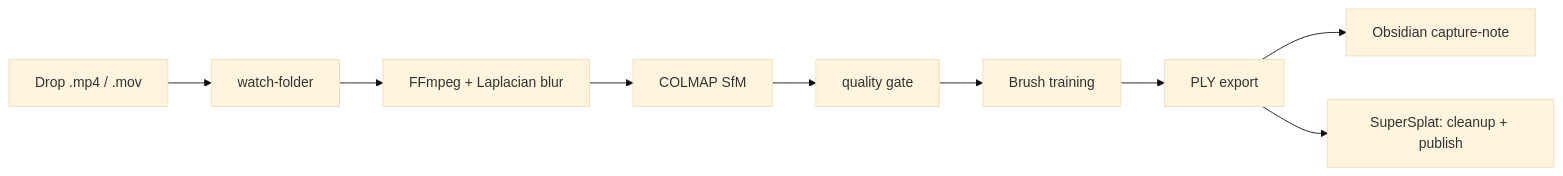
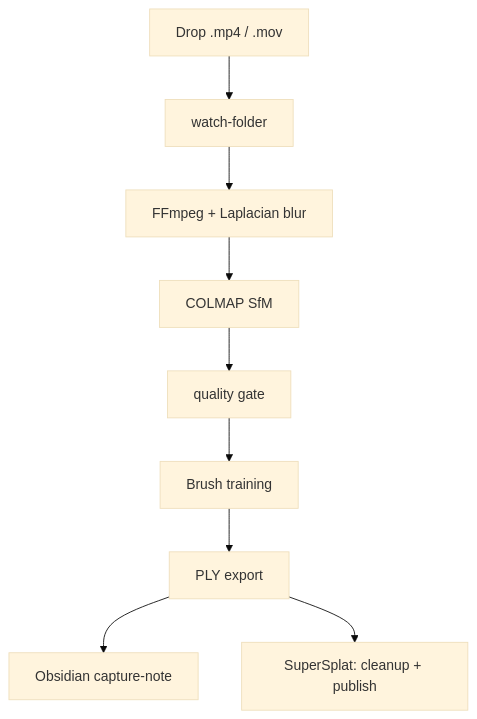
Before and after one commit to johannes-kaindl/autosplat: the diagram in pipeline/README.md, drawn with Mermaid (base theme).

Commit message:
docs(readme): mermaid flowchart LR -> TD — narrower vertical layout

````diff
--- a/pipeline/README.md
+++ b/pipeline/README.md
@@ -27,11 +27,11 @@
 ```mermaid
-flowchart LR
+flowchart TD
     A[Drop .mp4 / .mov] --> B[watch-folder]
     B --> C[FFmpeg + Laplacian blur]
     C --> D[COLMAP SfM]
     D --> E[quality gate]
     E --> F[Brush training]
     F --> G[PLY export]
     G --> H[Obsidian capture-note]
     G --> I[SuperSplat: cleanup + publish]
 ```
````
